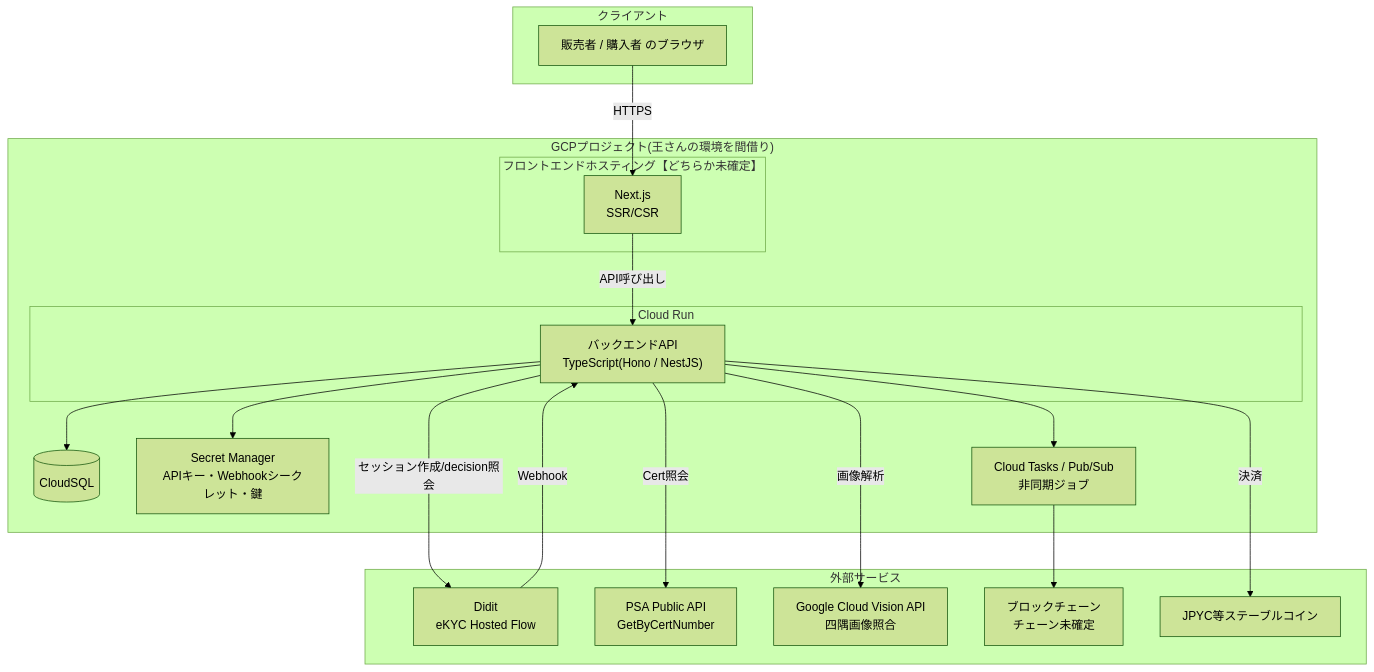
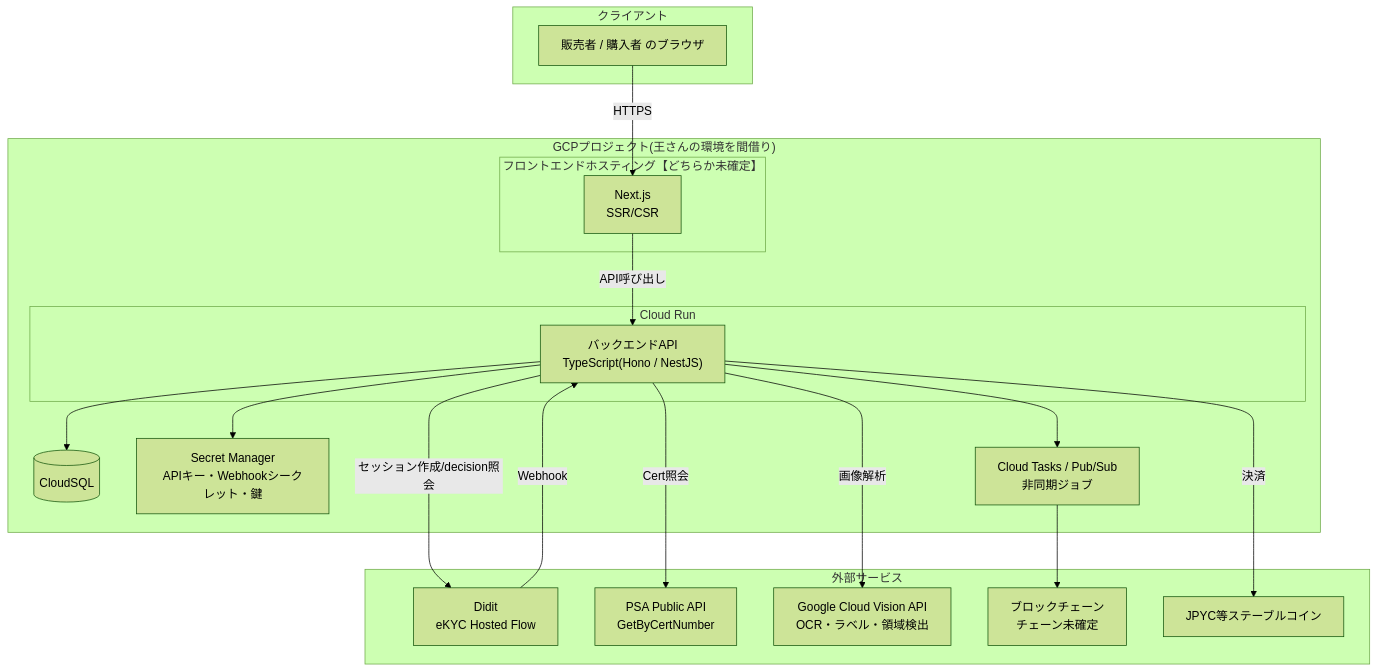
Before and after one commit to study-basic-hackathon/trust-ca: the first of 6 diagrams in docs/design/system-architecture.md, drawn with Mermaid (forest theme). The commit also changed other lines of this file and 4 other files, not shown here.

````diff
--- a/docs/design/system-architecture.md
+++ b/docs/design/system-architecture.md
@@ -45,41 +46,41 @@
 ```mermaid
 flowchart TB
     subgraph Client["クライアント"]
         Browser[販売者 / 購入者 のブラウザ]
     end
 
     subgraph GCP["GCPプロジェクト(王さんの環境を間借り)"]
         subgraph FE_HOST["フロントエンドホスティング【どちらか未確定】"]
             FE[Next.js<br/>SSR/CSR]
         end
 
         subgraph BE_HOST["Cloud Run"]
             BE["バックエンドAPI<br/>TypeScript(Hono / NestJS)"]
         end
 
         DB[(CloudSQL)]
         SM[Secret Manager<br/>APIキー・Webhookシークレット・鍵]
         Queue[Cloud Tasks / Pub/Sub<br/>非同期ジョブ]
     end
 
     subgraph External["外部サービス"]
         Didit[Didit<br/>eKYC Hosted Flow]
         PSA[PSA Public API<br/>GetByCertNumber]
-        Vision[Google Cloud Vision API<br/>四隅画像照合]
+        Vision[Google Cloud Vision API<br/>OCR・ラベル・領域検出]
         Chain[ブロックチェーン<br/>チェーン未確定]
         JPYC[JPYC等ステーブルコイン]
     end
 
     Browser -->|HTTPS| FE
     FE -->|API呼び出し| BE
     BE --> DB
     BE --> SM
     BE --> Queue
     Queue --> Chain
 
     BE -->|セッション作成/decision照会| Didit
     Didit -->|Webhook| BE
     BE -->|Cert照会| PSA
     BE -->|画像解析| Vision
     BE -->|決済| JPYC
 ```
````
